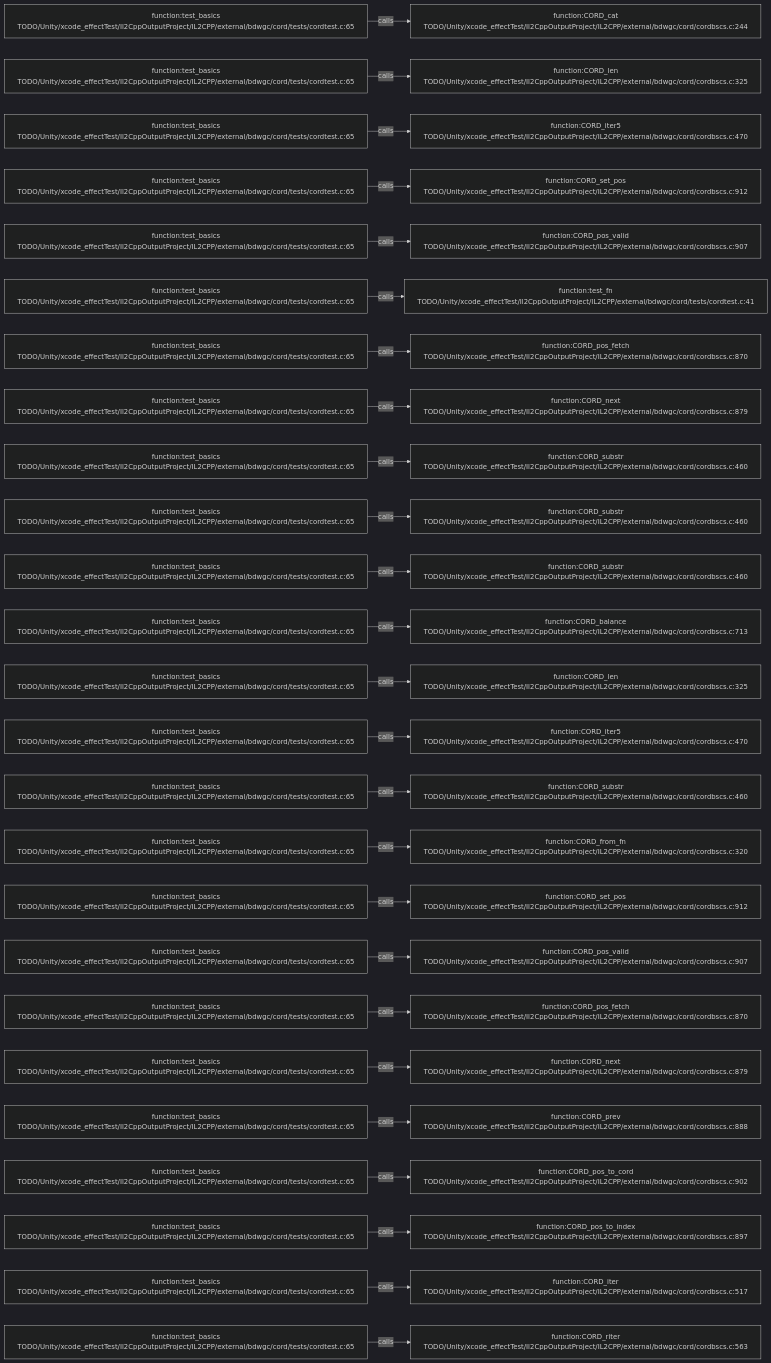
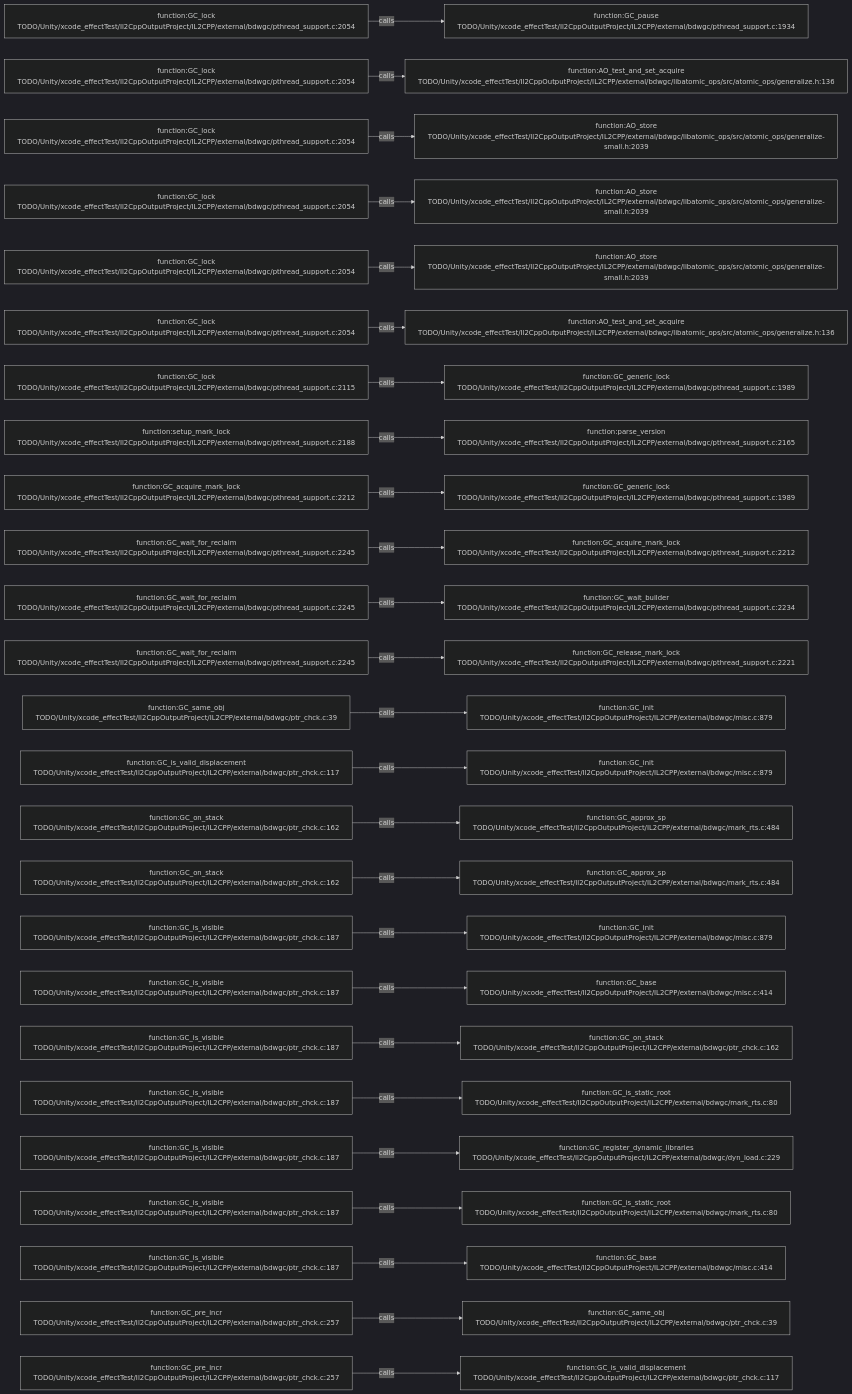
Before and after one commit to JobsKits/JobsSwiftBaseConfigDemo: the diagram in .codegraph/codegraph.md/graphs/calls-156.md, drawn with Mermaid (dark theme). The commit also changed 227 other files, not shown here.

````diff
--- a/.codegraph/codegraph.md/graphs/calls-156.md
+++ b/.codegraph/codegraph.md/graphs/calls-156.md
@@ -13,78 +13,78 @@
 ```mermaid
 flowchart LR
-  S1["function:test_basics<br/>TODO/Unity/xcode_effectTest/Il2CppOutputProject/IL2CPP/external/bdwgc/cord/tests/cordtest.c:65"]
-  T1["function:CORD_cat<br/>TODO/Unity/xcode_effectTest/Il2CppOutputProject/IL2CPP/external/bdwgc/cord/cordbscs.c:244"]
+  S1["function:GC_lock<br/>TODO/Unity/xcode_effectTest/Il2CppOutputProject/IL2CPP/external/bdwgc/pthread_support.c:2054"]
+  T1["function:GC_pause<br/>TODO/Unity/xcode_effectTest/Il2CppOutputProject/IL2CPP/external/bdwgc/pthread_support.c:1934"]
   S1 -->|calls| T1
-  S2["function:test_basics<br/>TODO/Unity/xcode_effectTest/Il2CppOutputProject/IL2CPP/external/bdwgc/cord/tests/cordtest.c:65"]
-  T2["function:CORD_len<br/>TODO/Unity/xcode_effectTest/Il2CppOutputProject/IL2CPP/external/bdwgc/cord/cordbscs.c:325"]
+  S2["function:GC_lock<br/>TODO/Unity/xcode_effectTest/Il2CppOutputProject/IL2CPP/external/bdwgc/pthread_support.c:2054"]
+  T2["function:AO_test_and_set_acquire<br/>TODO/Unity/xcode_effectTest/Il2CppOutputProject/IL2CPP/external/bdwgc/libatomic_ops/src/atomic_ops/generalize.h:136"]
   S2 -->|calls| T2
-  S3["function:test_basics<br/>TODO/Unity/xcode_effectTest/Il2CppOutputProject/IL2CPP/external/bdwgc/cord/tests/cordtest.c:65"]
-  T3["function:CORD_iter5<br/>TODO/Unity/xcode_effectTest/Il2CppOutputProject/IL2CPP/external/bdwgc/cord/cordbscs.c:470"]
+  S3["function:GC_lock<br/>TODO/Unity/xcode_effectTest/Il2CppOutputProject/IL2CPP/external/bdwgc/pthread_support.c:2054"]
+  T3["function:AO_store<br/>TODO/Unity/xcode_effectTest/Il2CppOutputProject/IL2CPP/external/bdwgc/libatomic_ops/src/atomic_ops/generalize-small.h:2039"]
   S3 -->|calls| T3
-  S4["function:test_basics<br/>TODO/Unity/xcode_effectTest/Il2CppOutputProject/IL2CPP/external/bdwgc/cord/tests/cordtest.c:65"]
-  T4["function:CORD_set_pos<br/>TODO/Unity/xcode_effectTest/Il2CppOutputProject/IL2CPP/external/bdwgc/cord/cordbscs.c:912"]
+  S4["function:GC_lock<br/>TODO/Unity/xcode_effectTest/Il2CppOutputProject/IL2CPP/external/bdwgc/pthread_support.c:2054"]
+  T4["function:AO_store<br/>TODO/Unity/xcode_effectTest/Il2CppOutputProject/IL2CPP/external/bdwgc/libatomic_ops/src/atomic_ops/generalize-small.h:2039"]
   S4 -->|calls| T4
-  S5["function:test_basics<br/>TODO/Unity/xcode_effectTest/Il2CppOutputProject/IL2CPP/external/bdwgc/cord/tests/cordtest.c:65"]
-  T5["function:CORD_pos_valid<br/>TODO/Unity/xcode_effectTest/Il2CppOutputProject/IL2CPP/external/bdwgc/cord/cordbscs.c:907"]
+  S5["function:GC_lock<br/>TODO/Unity/xcode_effectTest/Il2CppOutputProject/IL2CPP/external/bdwgc/pthread_support.c:2054"]
+  T5["function:AO_store<br/>TODO/Unity/xcode_effectTest/Il2CppOutputProject/IL2CPP/external/bdwgc/libatomic_ops/src/atomic_ops/generalize-small.h:2039"]
   S5 -->|calls| T5
-  S6["function:test_basics<br/>TODO/Unity/xcode_effectTest/Il2CppOutputProject/IL2CPP/external/bdwgc/cord/tests/cordtest.c:65"]
-  T6["function:test_fn<br/>TODO/Unity/xcode_effectTest/Il2CppOutputProject/IL2CPP/external/bdwgc/cord/tests/cordtest.c:41"]
+  S6["function:GC_lock<br/>TODO/Unity/xcode_effectTest/Il2CppOutputProject/IL2CPP/external/bdwgc/pthread_support.c:2054"]
+  T6["function:AO_test_and_set_acquire<br/>TODO/Unity/xcode_effectTest/Il2CppOutputProject/IL2CPP/external/bdwgc/libatomic_ops/src/atomic_ops/generalize.h:136"]
   S6 -->|calls| T6
-  S7["function:test_basics<br/>TODO/Unity/xcode_effectTest/Il2CppOutputProject/IL2CPP/external/bdwgc/cord/tests/cordtest.c:65"]
-  T7["function:CORD_pos_fetch<br/>TODO/Unity/xcode_effectTest/Il2CppOutputProject/IL2CPP/external/bdwgc/cord/cordbscs.c:870"]
+  S7["function:GC_lock<br/>TODO/Unity/xcode_effectTest/Il2CppOutputProject/IL2CPP/external/bdwgc/pthread_support.c:2115"]
+  T7["function:GC_generic_lock<br/>TODO/Unity/xcode_effectTest/Il2CppOutputProject/IL2CPP/external/bdwgc/pthread_support.c:1989"]
   S7 -->|calls| T7
-  S8["function:test_basics<br/>TODO/Unity/xcode_effectTest/Il2CppOutputProject/IL2CPP/external/bdwgc/cord/tests/cordtest.c:65"]
-  T8["function:CORD_next<br/>TODO/Unity/xcode_effectTest/Il2CppOutputProject/IL2CPP/external/bdwgc/cord/cordbscs.c:879"]
+  S8["function:setup_mark_lock<br/>TODO/Unity/xcode_effectTest/Il2CppOutputProject/IL2CPP/external/bdwgc/pthread_support.c:2188"]
+  T8["function:parse_version<br/>TODO/Unity/xcode_effectTest/Il2CppOutputProject/IL2CPP/external/bdwgc/pthread_support.c:2165"]
   S8 -->|calls| T8
-  S9["function:test_basics<br/>TODO/Unity/xcode_effectTest/Il2CppOutputProject/IL2CPP/external/bdwgc/cord/tests/cordtest.c:65"]
-  T9["function:CORD_substr<br/>TODO/Unity/xcode_effectTest/Il2CppOutputProject/IL2CPP/external/bdwgc/cord/cordbscs.c:460"]
+  S9["function:GC_acquire_mark_lock<br/>TODO/Unity/xcode_effectTest/Il2CppOutputProject/IL2CPP/external/bdwgc/pthread_support.c:2212"]
+  T9["function:GC_generic_lock<br/>TODO/Unity/xcode_effectTest/Il2CppOutputProject/IL2CPP/external/bdwgc/pthread_support.c:1989"]
   S9 -->|calls| T9
-  S10["function:test_basics<br/>TODO/Unity/xcode_effectTest/Il2CppOutputProject/IL2CPP/external/bdwgc/cord/tests/cordtest.c:65"]
-  T10["function:CORD_substr<br/>TODO/Unity/xcode_effectTest/Il2CppOutputProject/IL2CPP/external/bdwgc/cord/cordbscs.c:460"]
+  S10["function:GC_wait_for_reclaim<br/>TODO/Unity/xcode_effectTest/Il2CppOutputProject/IL2CPP/external/bdwgc/pthread_support.c:2245"]
+  T10["function:GC_acquire_mark_lock<br/>TODO/Unity/xcode_effectTest/Il2CppOutputProject/IL2CPP/external/bdwgc/pthread_support.c:2212"]
   S10 -->|calls| T10
-  S11["function:test_basics<br/>TODO/Unity/xcode_effectTest/Il2CppOutputProject/IL2CPP/external/bdwgc/cord/tests/cordtest.c:65"]
-  T11["function:CORD_substr<br/>TODO/Unity/xcode_effectTest/Il2CppOutputProject/IL2CPP/external/bdwgc/cord/cordbscs.c:460"]
+  S11["function:GC_wait_for_reclaim<br/>TODO/Unity/xcode_effectTest/Il2CppOutputProject/IL2CPP/external/bdwgc/pthread_support.c:2245"]
+  T11["function:GC_wait_builder<br/>TODO/Unity/xcode_effectTest/Il2CppOutputProject/IL2CPP/external/bdwgc/pthread_support.c:2234"]
   S11 -->|calls| T11
-  S12["function:test_basics<br/>TODO/Unity/xcode_effectTest/Il2CppOutputProject/IL2CPP/external/bdwgc/cord/tests/cordtest.c:65"]
-  T12["function:CORD_balance<br/>TODO/Unity/xcode_effectTest/Il2CppOutputProject/IL2CPP/external/bdwgc/cord/cordbscs.c:713"]
+  S12["function:GC_wait_for_reclaim<br/>TODO/Unity/xcode_effectTest/Il2CppOutputProject/IL2CPP/external/bdwgc/pthread_support.c:2245"]
+  T12["function:GC_release_mark_lock<br/>TODO/Unity/xcode_effectTest/Il2CppOutputProject/IL2CPP/external/bdwgc/pthread_support.c:2221"]
   S12 -->|calls| T12
-  S13["function:test_basics<br/>TODO/Unity/xcode_effectTest/Il2CppOutputProject/IL2CPP/external/bdwgc/cord/tests/cordtest.c:65"]
-  T13["function:CORD_len<br/>TODO/Unity/xcode_effectTest/Il2CppOutputProject/IL2CPP/external/bdwgc/cord/cordbscs.c:325"]
+  S13["function:GC_same_obj<br/>TODO/Unity/xcode_effectTest/Il2CppOutputProject/IL2CPP/external/bdwgc/ptr_chck.c:39"]
+  T13["function:GC_init<br/>TODO/Unity/xcode_effectTest/Il2CppOutputProject/IL2CPP/external/bdwgc/misc.c:879"]
   S13 -->|calls| T13
-  S14["function:test_basics<br/>TODO/Unity/xcode_effectTest/Il2CppOutputProject/IL2CPP/external/bdwgc/cord/tests/cordtest.c:65"]
-  T14["function:CORD_iter5<br/>TODO/Unity/xcode_effectTest/Il2CppOutputProject/IL2CPP/external/bdwgc/cord/cordbscs.c:470"]
+  S14["function:GC_is_valid_displacement<br/>TODO/Unity/xcode_effectTest/Il2CppOutputProject/IL2CPP/external/bdwgc/ptr_chck.c:117"]
+  T14["function:GC_init<br/>TODO/Unity/xcode_effectTest/Il2CppOutputProject/IL2CPP/external/bdwgc/misc.c:879"]
   S14 -->|calls| T14
-  S15["function:test_basics<br/>TODO/Unity/xcode_effectTest/Il2CppOutputProject/IL2CPP/external/bdwgc/cord/tests/cordtest.c:65"]
-  T15["function:CORD_substr<br/>TODO/Unity/xcode_effectTest/Il2CppOutputProject/IL2CPP/external/bdwgc/cord/cordbscs.c:460"]
+  S15["function:GC_on_stack<br/>TODO/Unity/xcode_effectTest/Il2CppOutputProject/IL2CPP/external/bdwgc/ptr_chck.c:162"]
+  T15["function:GC_approx_sp<br/>TODO/Unity/xcode_effectTest/Il2CppOutputProject/IL2CPP/external/bdwgc/mark_rts.c:484"]
   S15 -->|calls| T15
-  S16["function:test_basics<br/>TODO/Unity/xcode_effectTest/Il2CppOutputProject/IL2CPP/external/bdwgc/cord/tests/cordtest.c:65"]
-  T16["function:CORD_from_fn<br/>TODO/Unity/xcode_effectTest/Il2CppOutputProject/IL2CPP/external/bdwgc/cord/cordbscs.c:320"]
+  S16["function:GC_on_stack<br/>TODO/Unity/xcode_effectTest/Il2CppOutputProject/IL2CPP/external/bdwgc/ptr_chck.c:162"]
+  T16["function:GC_approx_sp<br/>TODO/Unity/xcode_effectTest/Il2CppOutputProject/IL2CPP/external/bdwgc/mark_rts.c:484"]
   S16 -->|calls| T16
-  S17["function:test_basics<br/>TODO/Unity/xcode_effectTest/Il2CppOutputProject/IL2CPP/external/bdwgc/cord/tests/cordtest.c:65"]
-  T17["function:CORD_set_pos<br/>TODO/Unity/xcode_effectTest/Il2CppOutputProject/IL2CPP/external/bdwgc/cord/cordbscs.c:912"]
+  S17["function:GC_is_visible<br/>TODO/Unity/xcode_effectTest/Il2CppOutputProject/IL2CPP/external/bdwgc/ptr_chck.c:187"]
+  T17["function:GC_init<br/>TODO/Unity/xcode_effectTest/Il2CppOutputProject/IL2CPP/external/bdwgc/misc.c:879"]
   S17 -->|calls| T17
-  S18["function:test_basics<br/>TODO/Unity/xcode_effectTest/Il2CppOutputProject/IL2CPP/external/bdwgc/cord/tests/cordtest.c:65"]
-  T18["function:CORD_pos_valid<br/>TODO/Unity/xcode_effectTest/Il2CppOutputProject/IL2CPP/external/bdwgc/cord/cordbscs.c:907"]
+  S18["function:GC_is_visible<br/>TODO/Unity/xcode_effectTest/Il2CppOutputProject/IL2CPP/external/bdwgc/ptr_chck.c:187"]
+  T18["function:GC_base<br/>TODO/Unity/xcode_effectTest/Il2CppOutputProject/IL2CPP/external/bdwgc/misc.c:414"]
   S18 -->|calls| T18
-  S19["function:test_basics<br/>TODO/Unity/xcode_effectTest/Il2CppOutputProject/IL2CPP/external/bdwgc/cord/tests/cordtest.c:65"]
-  T19["function:CORD_pos_fetch<br/>TODO/Unity/xcode_effectTest/Il2CppOutputProject/IL2CPP/external/bdwgc/cord/cordbscs.c:870"]
+  S19["function:GC_is_visible<br/>TODO/Unity/xcode_effectTest/Il2CppOutputProject/IL2CPP/external/bdwgc/ptr_chck.c:187"]
+  T19["function:GC_on_stack<br/>TODO/Unity/xcode_effectTest/Il2CppOutputProject/IL2CPP/external/bdwgc/ptr_chck.c:162"]
   S19 -->|calls| T19
-  S20["function:test_basics<br/>TODO/Unity/xcode_effectTest/Il2CppOutputProject/IL2CPP/external/bdwgc/cord/tests/cordtest.c:65"]
-  T20["function:CORD_next<br/>TODO/Unity/xcode_effectTest/Il2CppOutputProject/IL2CPP/external/bdwgc/cord/cordbscs.c:879"]
+  S20["function:GC_is_visible<br/>TODO/Unity/xcode_effectTest/Il2CppOutputProject/IL2CPP/external/bdwgc/ptr_chck.c:187"]
+  T20["function:GC_is_static_root<br/>TODO/Unity/xcode_effectTest/Il2CppOutputProject/IL2CPP/external/bdwgc/mark_rts.c:80"]
   S20 -->|calls| T20
-  S21["function:test_basics<br/>TODO/Unity/xcode_effectTest/Il2CppOutputProject/IL2CPP/external/bdwgc/cord/tests/cordtest.c:65"]
-  T21["function:CORD_prev<br/>TODO/Unity/xcode_effectTest/Il2CppOutputProject/IL2CPP/external/bdwgc/cord/cordbscs.c:888"]
+  S21["function:GC_is_visible<br/>TODO/Unity/xcode_effectTest/Il2CppOutputProject/IL2CPP/external/bdwgc/ptr_chck.c:187"]
+  T21["function:GC_register_dynamic_libraries<br/>TODO/Unity/xcode_effectTest/Il2CppOutputProject/IL2CPP/external/bdwgc/dyn_load.c:229"]
   S21 -->|calls| T21
-  S22["function:test_basics<br/>TODO/Unity/xcode_effectTest/Il2CppOutputProject/IL2CPP/external/bdwgc/cord/tests/cordtest.c:65"]
-  T22["function:CORD_pos_to_cord<br/>TODO/Unity/xcode_effectTest/Il2CppOutputProject/IL2CPP/external/bdwgc/cord/cordbscs.c:902"]
+  S22["function:GC_is_visible<br/>TODO/Unity/xcode_effectTest/Il2CppOutputProject/IL2CPP/external/bdwgc/ptr_chck.c:187"]
+  T22["function:GC_is_static_root<br/>TODO/Unity/xcode_effectTest/Il2CppOutputProject/IL2CPP/external/bdwgc/mark_rts.c:80"]
   S22 -->|calls| T22
-  S23["function:test_basics<br/>TODO/Unity/xcode_effectTest/Il2CppOutputProject/IL2CPP/external/bdwgc/cord/tests/cordtest.c:65"]
-  T23["function:CORD_pos_to_index<br/>TODO/Unity/xcode_effectTest/Il2CppOutputProject/IL2CPP/external/bdwgc/cord/cordbscs.c:897"]
+  S23["function:GC_is_visible<br/>TODO/Unity/xcode_effectTest/Il2CppOutputProject/IL2CPP/external/bdwgc/ptr_chck.c:187"]
+  T23["function:GC_base<br/>TODO/Unity/xcode_effectTest/Il2CppOutputProject/IL2CPP/external/bdwgc/misc.c:414"]
   S23 -->|calls| T23
-  S24["function:test_basics<br/>TODO/Unity/xcode_effectTest/Il2CppOutputProject/IL2CPP/external/bdwgc/cord/tests/cordtest.c:65"]
-  T24["function:CORD_iter<br/>TODO/Unity/xcode_effectTest/Il2CppOutputProject/IL2CPP/external/bdwgc/cord/cordbscs.c:517"]
+  S24["function:GC_pre_incr<br/>TODO/Unity/xcode_effectTest/Il2CppOutputProject/IL2CPP/external/bdwgc/ptr_chck.c:257"]
+  T24["function:GC_same_obj<br/>TODO/Unity/xcode_effectTest/Il2CppOutputProject/IL2CPP/external/bdwgc/ptr_chck.c:39"]
   S24 -->|calls| T24
-  S25["function:test_basics<br/>TODO/Unity/xcode_effectTest/Il2CppOutputProject/IL2CPP/external/bdwgc/cord/tests/cordtest.c:65"]
-  T25["function:CORD_riter<br/>TODO/Unity/xcode_effectTest/Il2CppOutputProject/IL2CPP/external/bdwgc/cord/cordbscs.c:563"]
+  S25["function:GC_pre_incr<br/>TODO/Unity/xcode_effectTest/Il2CppOutputProject/IL2CPP/external/bdwgc/ptr_chck.c:257"]
+  T25["function:GC_is_valid_displacement<br/>TODO/Unity/xcode_effectTest/Il2CppOutputProject/IL2CPP/external/bdwgc/ptr_chck.c:117"]
   S25 -->|calls| T25
 ```
````
